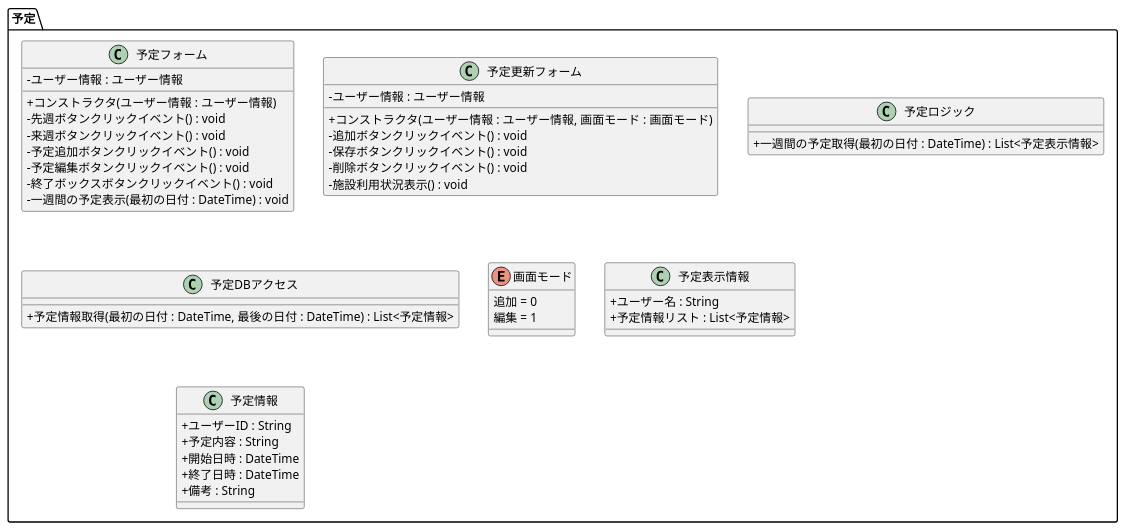
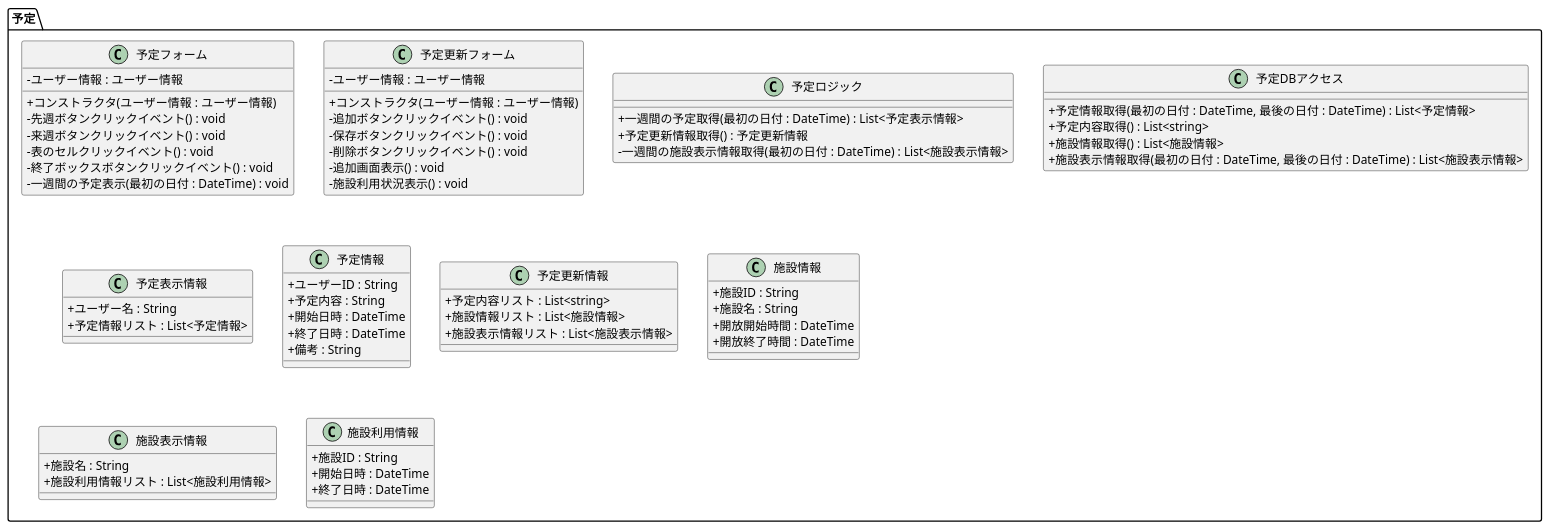
The diagram in クラス図/予定.pu (R-SAIKI/practiceUML), drawn with PlantUML before and after one commit. The commit also changed 20 other files, not shown here.

```diff
--- a/クラス図/予定.pu
+++ b/クラス図/予定.pu
@@ -1,53 +1,77 @@
 @startuml
 
 skinparam classAttributeIconSize 0
 
 namespace 予定 #FFFFFF {
   class 予定フォーム {
     - ユーザー情報 : ユーザー情報
     + コンストラクタ(ユーザー情報 : ユーザー情報)
     - 先週ボタンクリックイベント() : void
     - 来週ボタンクリックイベント() : void
-    - 予定追加ボタンクリックイベント() : void
-    - 予定編集ボタンクリックイベント() : void
+    - 表のセルクリックイベント() : void
     - 終了ボックスボタンクリックイベント() : void
     - 一週間の予定表示(最初の日付 : DateTime) : void
   }
   
   class 予定更新フォーム {
     - ユーザー情報 : ユーザー情報
-    + コンストラクタ(ユーザー情報 : ユーザー情報, 画面モード : 画面モード)
+    + コンストラクタ(ユーザー情報 : ユーザー情報)
     - 追加ボタンクリックイベント() : void
     - 保存ボタンクリックイベント() : void
     - 削除ボタンクリックイベント() : void
+    - 追加画面表示() : void
     - 施設利用状況表示() : void
   }
 
   class 予定ロジック {
     + 一週間の予定取得(最初の日付 : DateTime) : List<予定表示情報>
+    + 予定更新情報取得() : 予定更新情報
+    - 一週間の施設表示情報取得(最初の日付 : DateTime) : List<施設表示情報>
   }
   
   class 予定DBアクセス {
     + 予定情報取得(最初の日付 : DateTime, 最後の日付 : DateTime) : List<予定情報>
-  }
-
-  enum 画面モード {
-    追加 = 0
-    編集 = 1
+    + 予定内容取得() : List<string>
+    + 施設情報取得() : List<施設情報>
+    + 施設表示情報取得(最初の日付 : DateTime, 最後の日付 : DateTime) : List<施設表示情報>
   }
 
   class 予定表示情報 {
      + ユーザー名 : String
      + 予定情報リスト : List<予定情報>
   }
 
   class 予定情報 {
      + ユーザーID : String
      + 予定内容 : String
      + 開始日時 : DateTime
      + 終了日時 : DateTime
      + 備考 : String
   }
+
+  class 予定更新情報 {
+     + 予定内容リスト : List<string>
+     + 施設情報リスト : List<施設情報>
+     + 施設表示情報リスト : List<施設表示情報>
+  }
+
+  class 施設情報 {
+     + 施設ID : String
+     + 施設名 : String
+     + 開放開始時間 : DateTime
+     + 開放終了時間 : DateTime
+  }
+
+  class 施設表示情報 {
+     + 施設名 : String
+     + 施設利用情報リスト : List<施設利用情報>
+  }
+
+  class 施設利用情報 {
+     + 施設ID : String
+     + 開始日時 : DateTime
+     + 終了日時 : DateTime
+  }
 }
 
 @enduml
```
